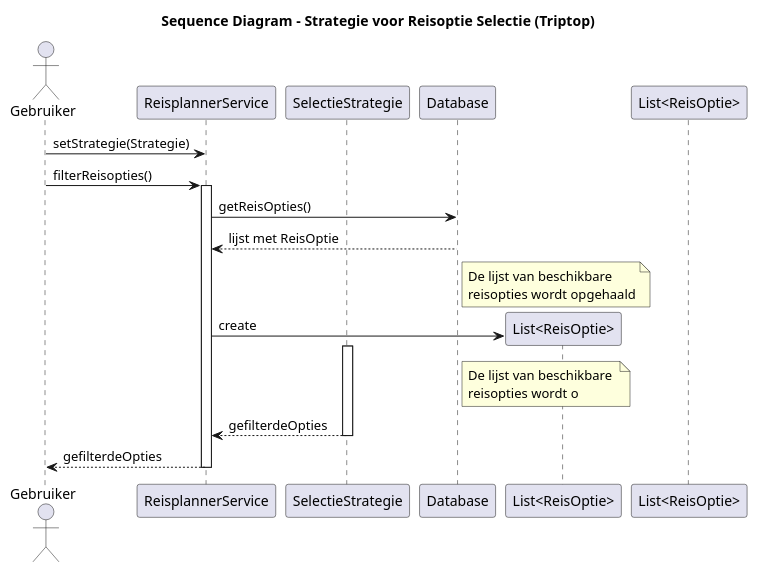
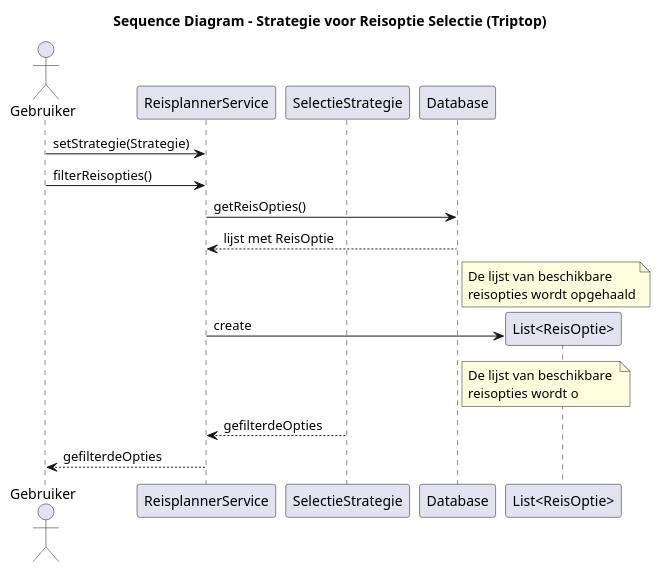
The diagram in opdracht-diagrammen/Strategie-pattern-sequenceDiagram.puml (AIM-ENE-feb25/triptop-groep-4-afscheidscadeau-voor-juf-kim), drawn with PlantUML before and after one commit.

Commit message:
Verandering sequence diagram

```diff
--- a/opdracht-diagrammen/Strategie-pattern-sequenceDiagram.puml
+++ b/opdracht-diagrammen/Strategie-pattern-sequenceDiagram.puml
@@ -1,31 +1,26 @@
 @startuml
 title Sequence Diagram - Strategie voor Reisoptie Selectie (Triptop)
 
 actor Gebruiker
 participant "ReisplannerService" as Service
 participant "SelectieStrategie" as Strategie
 participant "Database" as DB
 participant "List<ReisOptie>" as Opties
-participant "List<ReisOptie>" as Gefilterd
+
 
 Gebruiker -> Service : setStrategie(Strategie)
 
 Gebruiker -> Service : filterReisopties()
-
-activate Service
 
 Service -> DB : getReisOpties()
 DB --> Service : lijst met ReisOptie
 create Opties
 note right of DB : De lijst van beschikbare \nreisopties wordt opgehaald
 
 Service -> Opties : create
 note right of DB : De lijst van beschikbare \nreisopties wordt o
-activate Strategie
 Strategie --> Service : gefilterdeOpties
-deactivate Strategie
-\
 Service --> Gebruiker : gefilterdeOpties
 deactivate Service
 
 @enduml
```
